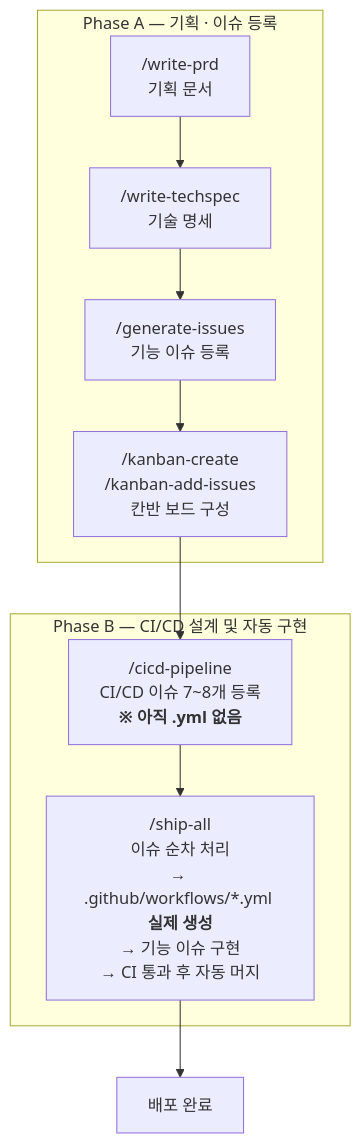
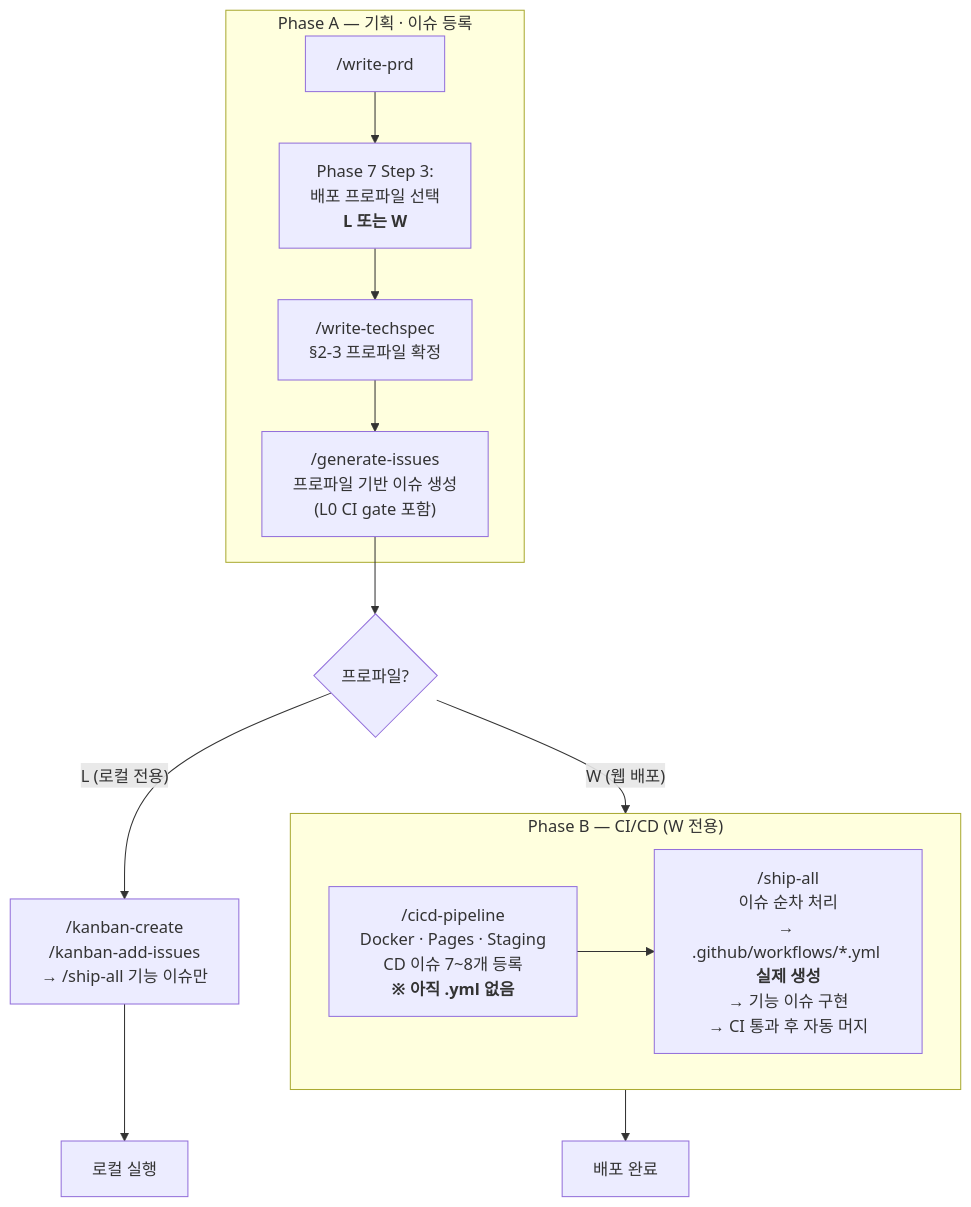
One commit to ischung/go-sdlc-gan changed the first of 3 diagrams in README.md. Above: the diagram before and after it, drawn with Mermaid. The commit also changed other lines of this file and 8 other files, not shown here.

````diff
--- a/README.md
+++ b/README.md
@@ -140,13 +140,16 @@
 ```mermaid
 flowchart TB
     subgraph PA["Phase A — 기획 · 이슈 등록"]
-        A["/write-prd<br/>기획 문서"] --> B["/write-techspec<br/>기술 명세"]
-        B --> C["/generate-issues<br/>기능 이슈 등록"]
-        C --> D["/kanban-create<br/>/kanban-add-issues<br/>칸반 보드 구성"]
+        A["/write-prd"] --> A7["Phase 7 Step 3:<br/>배포 프로파일 선택<br/><b>L 또는 W</b>"]
+        A7 --> B["/write-techspec<br/>§2-3 프로파일 확정"]
+        B --> C["/generate-issues<br/>프로파일 기반 이슈 생성<br/>(L0 CI gate 포함)"]
     end
-    subgraph PB["Phase B — CI/CD 설계 및 자동 구현"]
-        D --> E["/cicd-pipeline<br/>CI/CD 이슈 7~8개 등록<br/><b>※ 아직 .yml 없음</b>"]
-        E --> F["/ship-all<br/>이슈 순차 처리<br/>→ .github/workflows/*.yml <b>실제 생성</b><br/>→ 기능 이슈 구현<br/>→ CI 통과 후 자동 머지"]
+    C --> Q{"프로파일?"}
+    Q -- "L (로컬 전용)" --> LK["/kanban-create<br/>/kanban-add-issues<br/>→ /ship-all 기능 이슈만"]
+    Q -- "W (웹 배포)" --> PB
+    subgraph PB["Phase B — CI/CD (W 전용)"]
+        E["/cicd-pipeline<br/>Docker · Pages · Staging<br/>CD 이슈 7~8개 등록<br/><b>※ 아직 .yml 없음</b>"] --> F["/ship-all<br/>이슈 순차 처리<br/>→ .github/workflows/*.yml <b>실제 생성</b><br/>→ 기능 이슈 구현<br/>→ CI 통과 후 자동 머지"]
     end
-    F --> G["배포 완료"]
+    PB --> G["배포 완료"]
+    LK --> G2["로컬 실행"]
 ```
````
